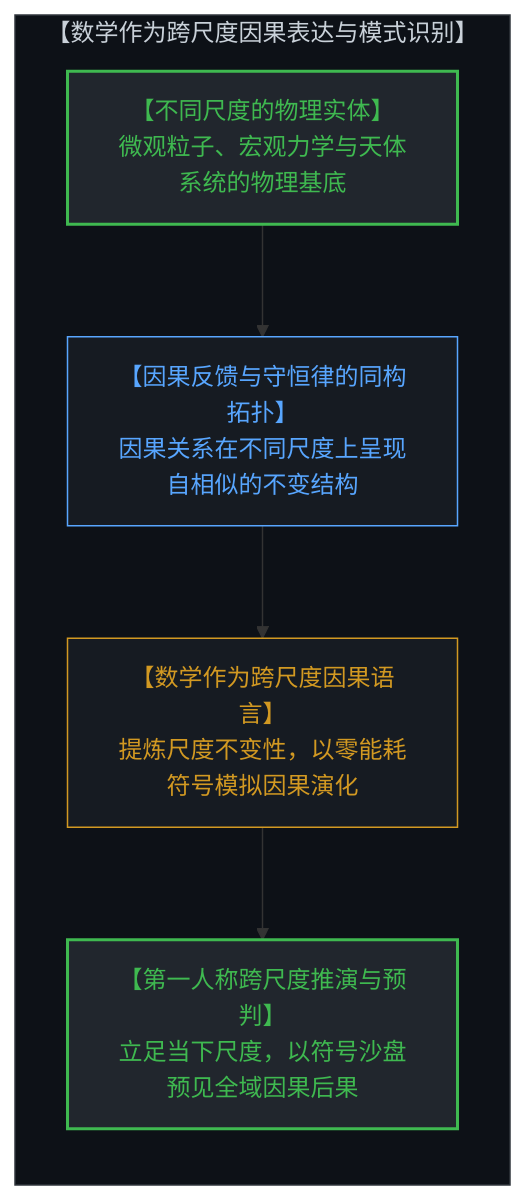
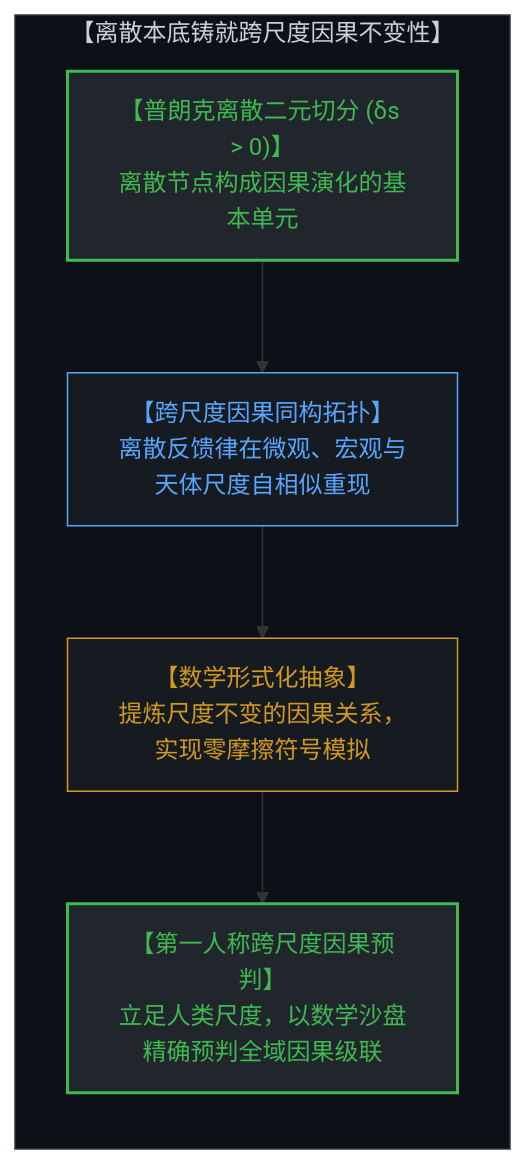
One commit to powerpig99/not-a-toe changed the fifth of 6 diagrams in content/posts/the-illusion-of-the-tool-and-the-inversion-of-time.md. Above: the diagram before and after it, drawn with Mermaid. The commit also changed other lines of this file and 3 other files, not shown here.

Commit message:
Clarify representational validity of physics, discrete origin of scale invariance, and emergent continuity in Post #313

````diff
--- a/content/posts/the-illusion-of-the-tool-and-the-inversion-of-time.md
+++ b/content/posts/the-illusion-of-the-tool-and-the-inversion-of-time.md
@@ -218,18 +240,18 @@
 ```mermaid
 graph TD
-    subgraph CrossScaleCausality["【数学作为跨尺度因果表达与模式识别】"]
+    subgraph DiscreteInvariance["【离散本底铸就跨尺度因果不变性】"]
         direction TB
-        PhysicalSubstrates["【不同尺度的物理实体】<br>微观粒子、宏观力学与天体系统的物理基底"]
-        CausalFeedbackLoops["【因果反馈与守恒律的同构拓扑】<br>因果关系在不同尺度上呈现自相似的不变结构"]
-        MathematicalLanguage["【数学作为跨尺度因果语言】<br>提炼尺度不变性，以零能耗符号模拟因果演化"]
-        ScaleTelescopePower["【第一人称跨尺度推演与预判】<br>立足当下尺度，以符号沙盘预见全域因果后果"]
-        PhysicalSubstrates --> CausalFeedbackLoops
-        CausalFeedbackLoops --> MathematicalLanguage
-        MathematicalLanguage --> ScaleTelescopePower
+        BinaryDistinction["【普朗克离散二元切分 (δs > 0)】<br>离散节点构成因果演化的基本单元"]
+        ScaleInvariantTopology["【跨尺度因果同构拓扑】<br>离散反馈律在微观、宏观与天体尺度自相似重现"]
+        MathAbstraction["【数学形式化抽象】<br>提炼尺度不变的因果关系，实现零摩擦符号模拟"]
+        FirstPersonPrevision["【第一人称跨尺度因果预判】<br>立足人类尺度，以数学沙盘精确预判全域因果级联"]
+        BinaryDistinction --> ScaleInvariantTopology
+        ScaleInvariantTopology --> MathAbstraction
+        MathAbstraction --> FirstPersonPrevision
     end
-    style CrossScaleCausality fill:#0d1117,stroke:#30363d,stroke-width:1px,color:#c9d1d9
-    style PhysicalSubstrates fill:#21262d,stroke:#3fb950,stroke-width:2px,color:#3fb950
-    style CausalFeedbackLoops fill:#161b22,stroke:#58a6ff,stroke-width:1px,color:#58a6ff
-    style MathematicalLanguage fill:#161b22,stroke:#d29922,stroke-width:1px,color:#d29922
-    style ScaleTelescopePower fill:#21262d,stroke:#3fb950,stroke-width:2px,color:#3fb950
+    style DiscreteInvariance fill:#0d1117,stroke:#30363d,stroke-width:1px,color:#c9d1d9
+    style BinaryDistinction fill:#21262d,stroke:#3fb950,stroke-width:2px,color:#3fb950
+    style ScaleInvariantTopology fill:#161b22,stroke:#58a6ff,stroke-width:1px,color:#58a6ff
+    style MathAbstraction fill:#161b22,stroke:#d29922,stroke-width:1px,color:#d29922
+    style FirstPersonPrevision fill:#21262d,stroke:#3fb950,stroke-width:2px,color:#3fb950
 ```
````
